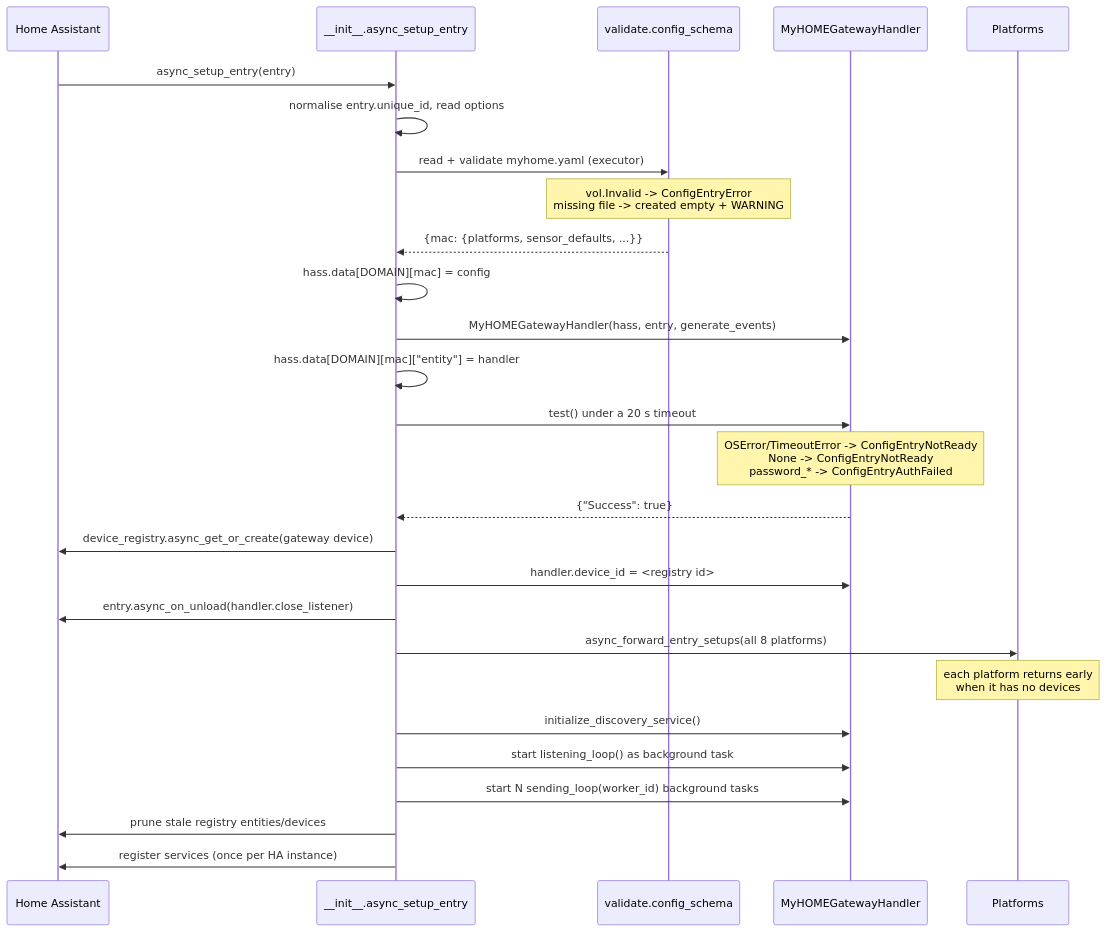
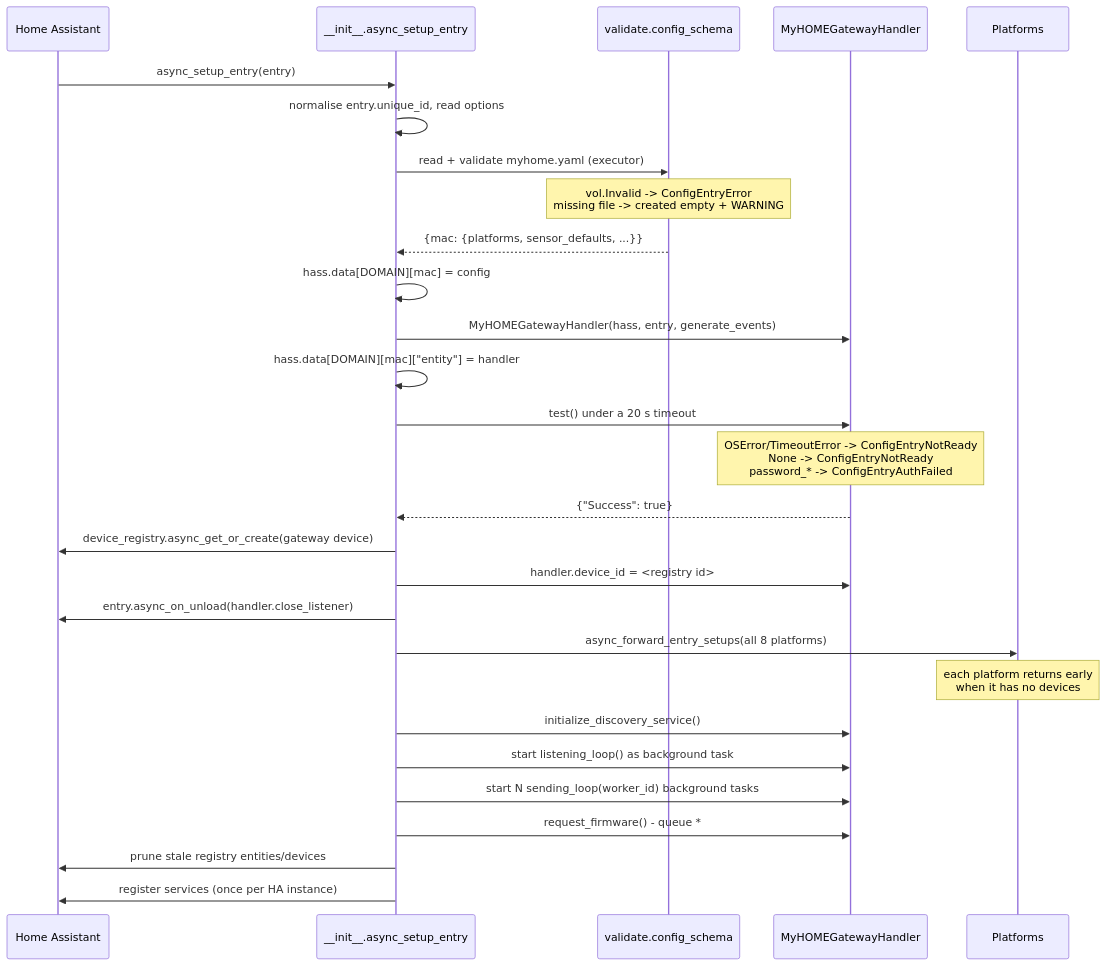
One commit to Interstellar0verdrive/MyHOME-stability changed the first of 3 diagrams in docs/architecture.md. Above: the diagram before and after it, drawn with Mermaid. The commit also changed other lines of this file and 5 other files, not shown here.

````diff
--- a/docs/architecture.md
+++ b/docs/architecture.md
@@ -101,30 +101,31 @@
 ```mermaid
 sequenceDiagram
     participant HA as Home Assistant
     participant Init as __init__.async_setup_entry
     participant Val as validate.config_schema
     participant GW as MyHOMEGatewayHandler
     participant Plat as Platforms
 
     HA->>Init: async_setup_entry(entry)
     Init->>Init: normalise entry.unique_id, read options
     Init->>Val: read + validate myhome.yaml (executor)
     Note over Val: vol.Invalid -> ConfigEntryError<br/>missing file -> created empty + WARNING
     Val-->>Init: {mac: {platforms, sensor_defaults, ...}}
     Init->>Init: hass.data[DOMAIN][mac] = config
     Init->>GW: MyHOMEGatewayHandler(hass, entry, generate_events)
     Init->>Init: hass.data[DOMAIN][mac]["entity"] = handler
     Init->>GW: test() under a 20 s timeout
     Note over GW: OSError/TimeoutError -> ConfigEntryNotReady<br/>None -> ConfigEntryNotReady<br/>password_* -> ConfigEntryAuthFailed
     GW-->>Init: {"Success": true}
     Init->>HA: device_registry.async_get_or_create(gateway device)
     Init->>GW: handler.device_id = <registry id>
     Init->>HA: entry.async_on_unload(handler.close_listener)
     Init->>Plat: async_forward_entry_setups(all 8 platforms)
     Note over Plat: each platform returns early<br/>when it has no devices
     Init->>GW: initialize_discovery_service()
     Init->>GW: start listening_loop() as background task
     Init->>GW: start N sending_loop(worker_id) background tasks
+    Init->>GW: request_firmware() - queue *#13**16## once
     Init->>HA: prune stale registry entities/devices
     Init->>HA: register services (once per HA instance)
 ```
````
